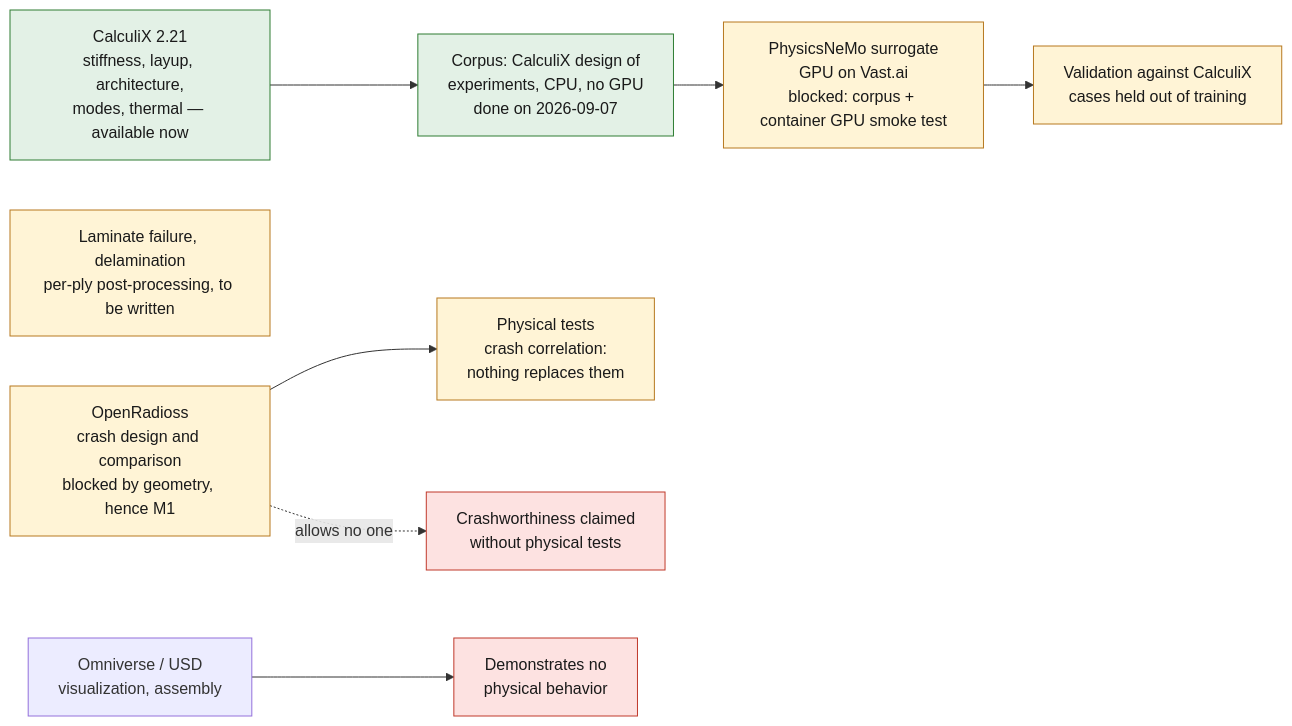
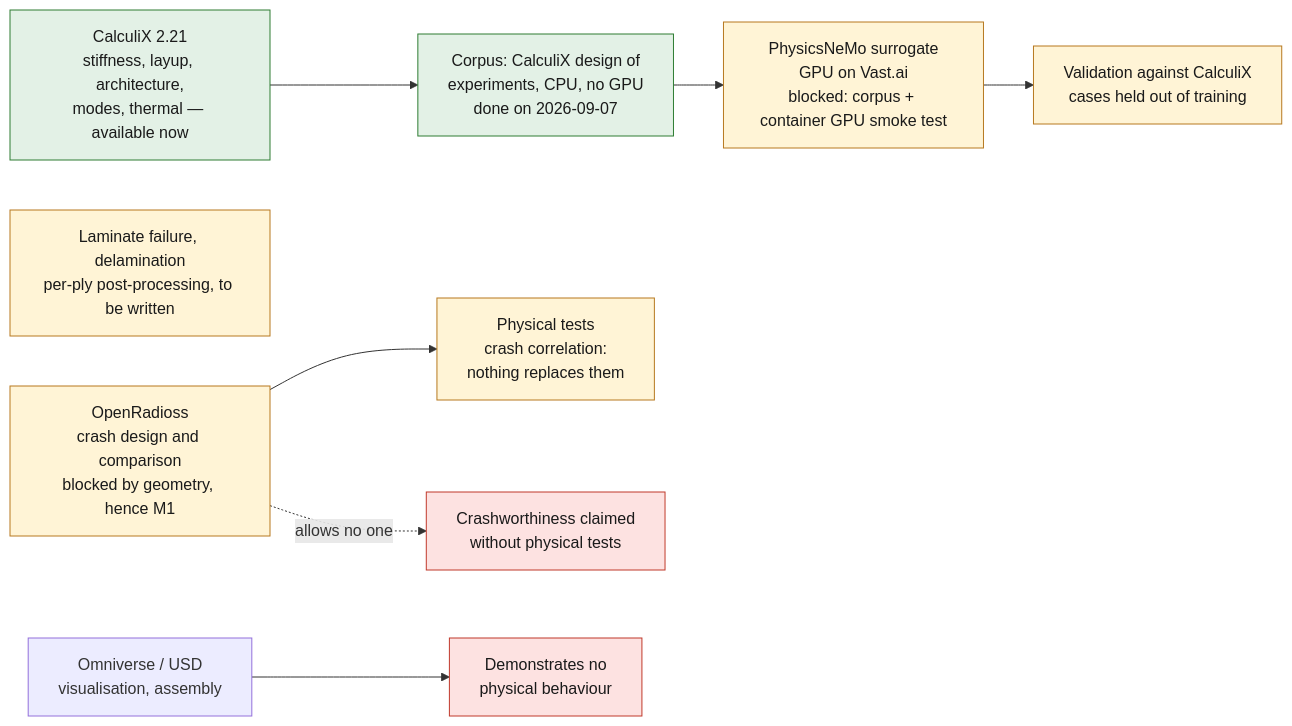
The diagram in docs/MONOCOQUE_964_993_CHAINE_CALCUL.md (cluster2600/porscheparts), drawn with Mermaid before and after one commit. The commit also changed other lines of this file and 480 other files, not shown here.

````diff
--- a/docs/MONOCOQUE_964_993_CHAINE_CALCUL.md
+++ b/docs/MONOCOQUE_964_993_CHAINE_CALCUL.md
@@ -8,18 +8,18 @@
 ```mermaid
 flowchart LR
     CX["CalculiX 2.21<br/>stiffness, layup, architecture,<br/>modes, thermal — available now"]:::ok
     DOE["Corpus: CalculiX design of<br/>experiments, CPU, no GPU<br/>done on 2026-09-07"]:::ok
     PN["PhysicsNeMo surrogate<br/>GPU on Vast.ai<br/>blocked: corpus + container GPU smoke test"]:::open
     HV["Validation against CalculiX<br/>cases held out of training"]:::open
     CX --> DOE --> PN --> HV
     LF["Laminate failure, delamination<br/>per-ply post-processing, to be written"]:::open
     OR["OpenRadioss<br/>crash design and comparison<br/>blocked by geometry, hence M1"]:::open
     PT["Physical tests<br/>crash correlation:<br/>nothing replaces them"]:::open
     CW["Crashworthiness claimed<br/>without physical tests"]:::stop
     OR --> PT
     OR -. "allows no one" .-> CW
-    OV["Omniverse / USD<br/>visualization, assembly"] --> NP["Demonstrates no<br/>physical behavior"]:::stop
+    OV["Omniverse / USD<br/>visualisation, assembly"] --> NP["Demonstrates no<br/>physical behaviour"]:::stop
     classDef stop fill:#fde2e1,stroke:#c0392b,color:#1a1a1a;
     classDef ok fill:#e3f1e6,stroke:#2e7d32,color:#1a1a1a;
     classDef open fill:#fff4d6,stroke:#b7791f,color:#1a1a1a;
 ```
````
